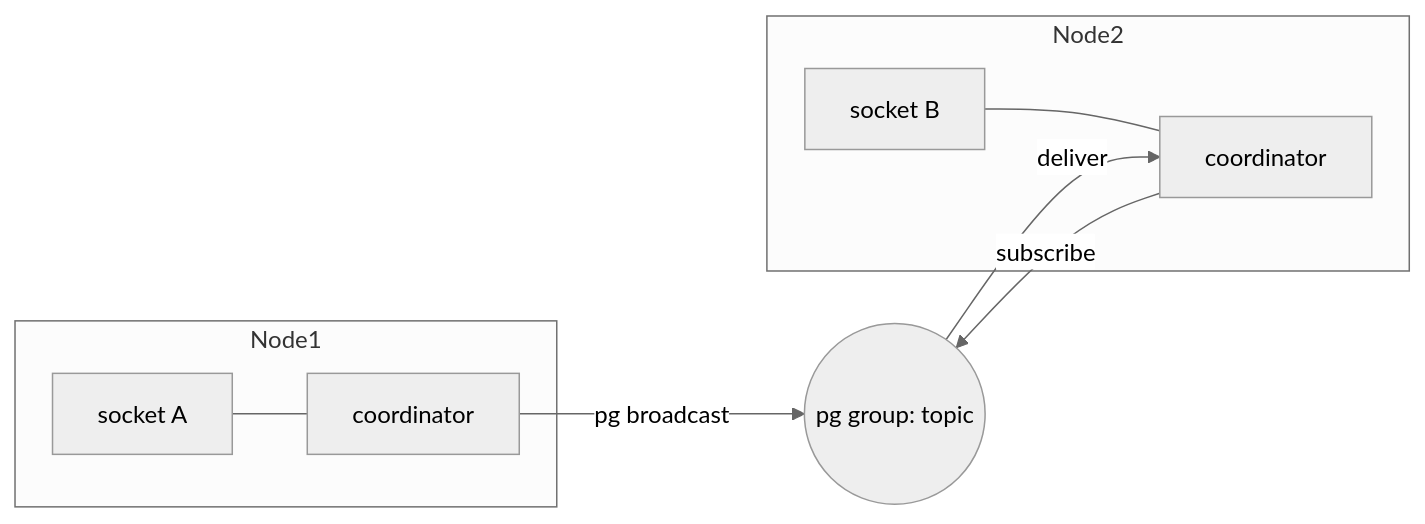
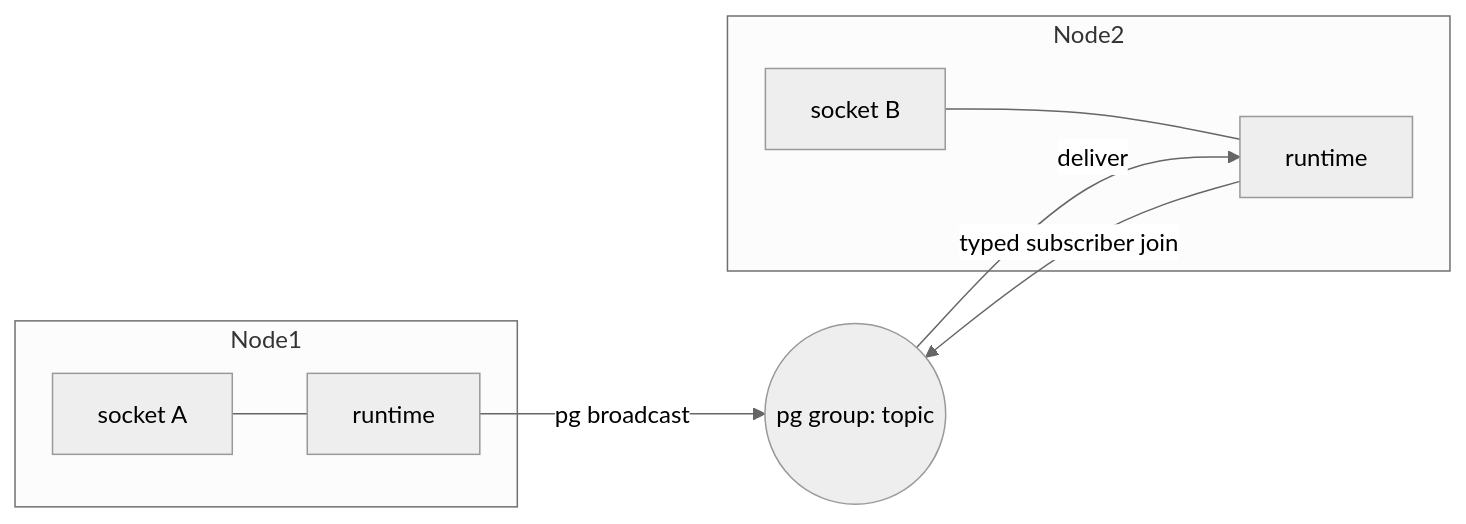
The diagram in website/src/content/docs/architecture/pubsub-and-distribution.md (tylerbutler/beryl), drawn with Mermaid (neutral theme) before and after one commit. The commit also changed other lines of this file and 52 other files, not shown here.

````diff
--- a/website/src/content/docs/architecture/pubsub-and-distribution.md
+++ b/website/src/content/docs/architecture/pubsub-and-distribution.md
@@ -54,12 +58,12 @@
 ```mermaid
 flowchart LR
   subgraph Node1
-    A[socket A] --- C1[coordinator]
+    A[socket A] --- R1[runtime]
   end
   subgraph Node2
-    B[socket B] --- C2[coordinator]
+    B[socket B] --- R2[runtime]
   end
-  C1 -- pg broadcast --> PG((pg group: topic))
-  C2 -- subscribe --> PG
-  PG -- deliver --> C2
+  R1 -- pg broadcast --> PG((pg group: topic))
+  R2 -- typed subscriber join --> PG
+  PG -- deliver --> R2
 ```
````
